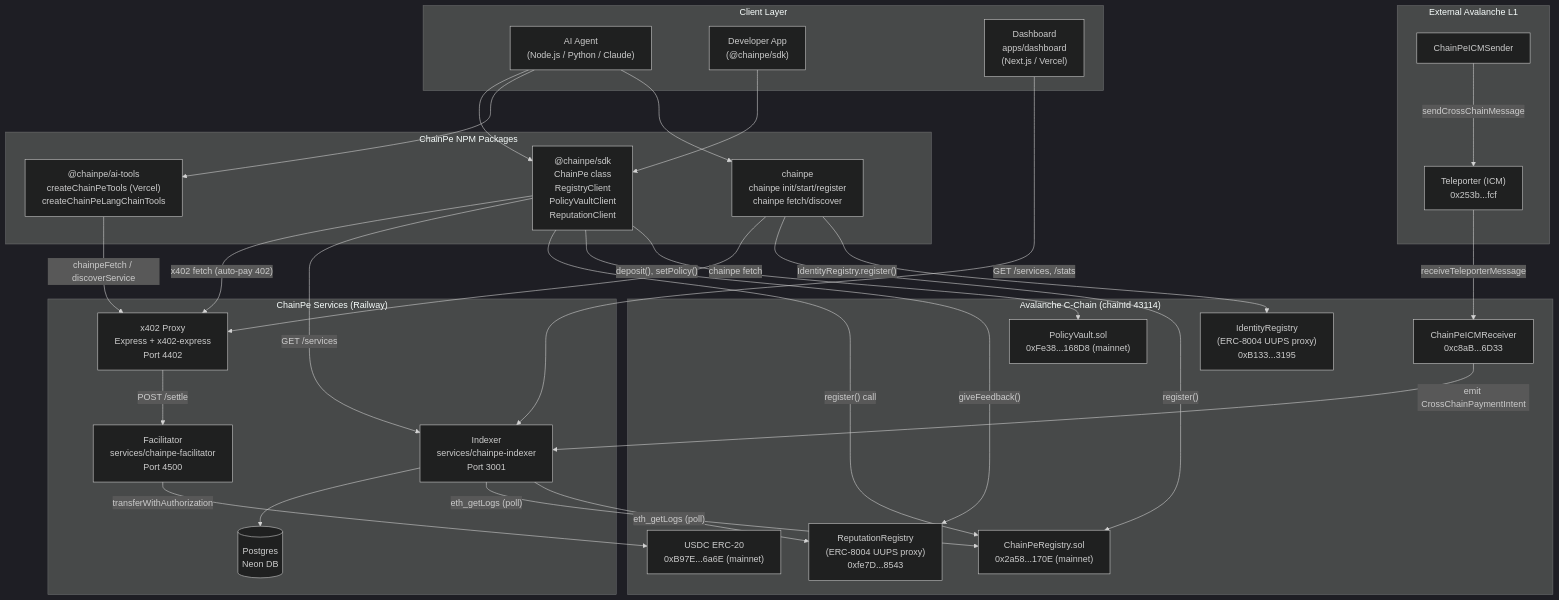
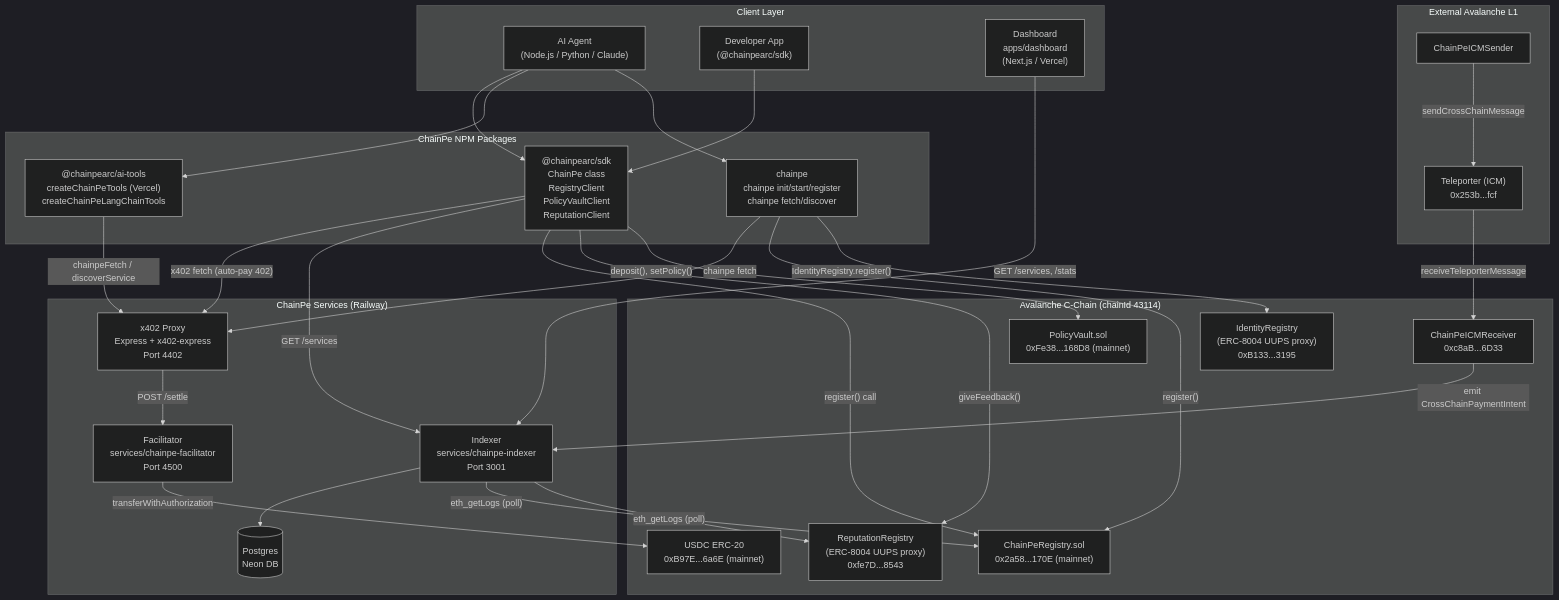
One commit to SamyaDeb/ChainPe changed the diagram in apps/landing/content/docs/architecture/system-diagram.md. Above: the diagram before and after it, drawn with Mermaid (dark theme). The commit also changed 130 other files, not shown here.

````diff
--- a/apps/landing/content/docs/architecture/system-diagram.md
+++ b/apps/landing/content/docs/architecture/system-diagram.md
@@ -11,64 +11,64 @@
 ```mermaid
 graph TB
     subgraph "Client Layer"
         AI["AI Agent\n(Node.js / Python / Claude)"]
-        DEV["Developer App\n(@chainpe/sdk)"]
+        DEV["Developer App\n(@chainpearc/sdk)"]
         DASH["Dashboard\napps/dashboard\n(Next.js / Vercel)"]
     end
 
     subgraph "ChainPe NPM Packages"
-        SDK["@chainpe/sdk\nChainPe class\nRegistryClient\nPolicyVaultClient\nReputationClient"]
-        TOOLS["@chainpe/ai-tools\ncreateChainPeTools (Vercel)\ncreateChainPeLangChainTools"]
+        SDK["@chainpearc/sdk\nChainPe class\nRegistryClient\nPolicyVaultClient\nReputationClient"]
+        TOOLS["@chainpearc/ai-tools\ncreateChainPeTools (Vercel)\ncreateChainPeLangChainTools"]
         CLICMD["chainpe\nchainpe init/start/register\nchainpe fetch/discover"]
     end
 
     subgraph "ChainPe Services (Railway)"
         PROXY["x402 Proxy\nExpress + x402-express\nPort 4402"]
         FAC["Facilitator\nservices/chainpe-facilitator\nPort 4500"]
         IDX["Indexer\nservices/chainpe-indexer\nPort 3001"]
         PG[("Postgres\nNeon DB")]
     end
 
     subgraph "Avalanche C-Chain (chainId 43114)"
         REG["ChainPeRegistry.sol\n0x2a58...170E (mainnet)"]
         PV["PolicyVault.sol\n0xFe38...168D8 (mainnet)"]
         IDNTY["IdentityRegistry\n(ERC-8004 UUPS proxy)\n0xB133...3195"]
         REPDB["ReputationRegistry\n(ERC-8004 UUPS proxy)\n0xfe7D...8543"]
         USDC["USDC ERC-20\n0xB97E...6a6E (mainnet)"]
         ICMRcv["ChainPeICMReceiver\n0xc8aB...6D33"]
     end
 
     subgraph "External Avalanche L1"
         ICMSnd["ChainPeICMSender"]
         Teleporter["Teleporter (ICM)\n0x253b...fcf"]
     end
 
     AI --> SDK
     AI --> TOOLS
     AI --> CLICMD
     DEV --> SDK
 
     SDK -->|"x402 fetch (auto-pay 402)"| PROXY
     TOOLS -->|"chainpeFetch / discoverService"| PROXY
     CLICMD -->|"chainpe fetch <url>"| PROXY
 
     PROXY -->|"POST /settle"| FAC
     FAC -->|"transferWithAuthorization"| USDC
 
     SDK -->|"GET /services"| IDX
     DASH -->|"GET /services, /stats"| IDX
     IDX --> PG
     IDX -->|"eth_getLogs (poll)"| REG
     IDX -->|"eth_getLogs (poll)"| REPDB
 
     SDK -->|"register() call"| REG
     SDK -->|"giveFeedback()"| REPDB
     SDK -->|"deposit(), setPolicy()"| PV
 
     CLICMD -->|"register()"| REG
     CLICMD -->|"IdentityRegistry.register()"| IDNTY
 
     ICMSnd -->|"sendCrossChainMessage"| Teleporter
     Teleporter -->|"receiveTeleporterMessage"| ICMRcv
     ICMRcv -->|"emit CrossChainPaymentIntent"| IDX
 ```
````
